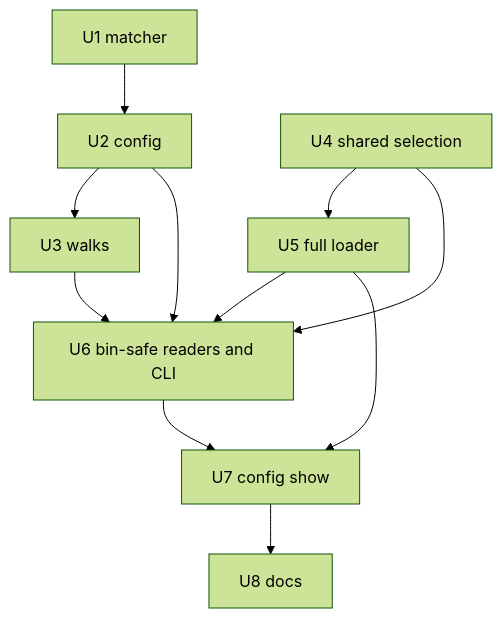
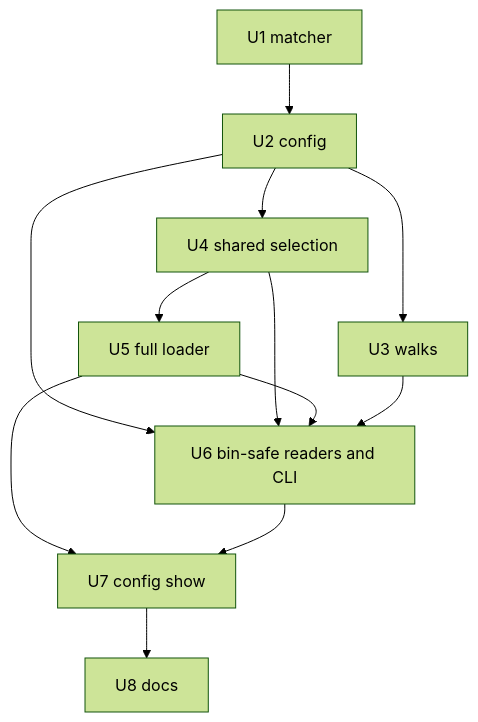
The diagram in docs/plans/2026-11-03-001-feat-config-locations-excludes-plan.md (marcusrbrown/systematic), drawn with Mermaid (forest theme) before and after one commit. The commit also changed other lines of this file, not shown here.

````diff
--- a/docs/plans/2026-11-03-001-feat-config-locations-excludes-plan.md
+++ b/docs/plans/2026-11-03-001-feat-config-locations-excludes-plan.md
@@ -364,13 +367,14 @@
 ```mermaid
 flowchart TB
   U1[U1 matcher] --> U2[U2 config]
   U2 --> U3[U3 walks]
-  U4[U4 shared selection] --> U5[U5 full loader]
+  U2 --> U4[U4 shared selection]
+  U4 --> U5[U5 full loader]
   U2 --> U6[U6 bin-safe readers and CLI]
   U4 --> U6
   U5 --> U6
   U3 --> U6
   U5 --> U7[U7 config show]
   U6 --> U7
   U7 --> U8[U8 docs]
 ```
````
